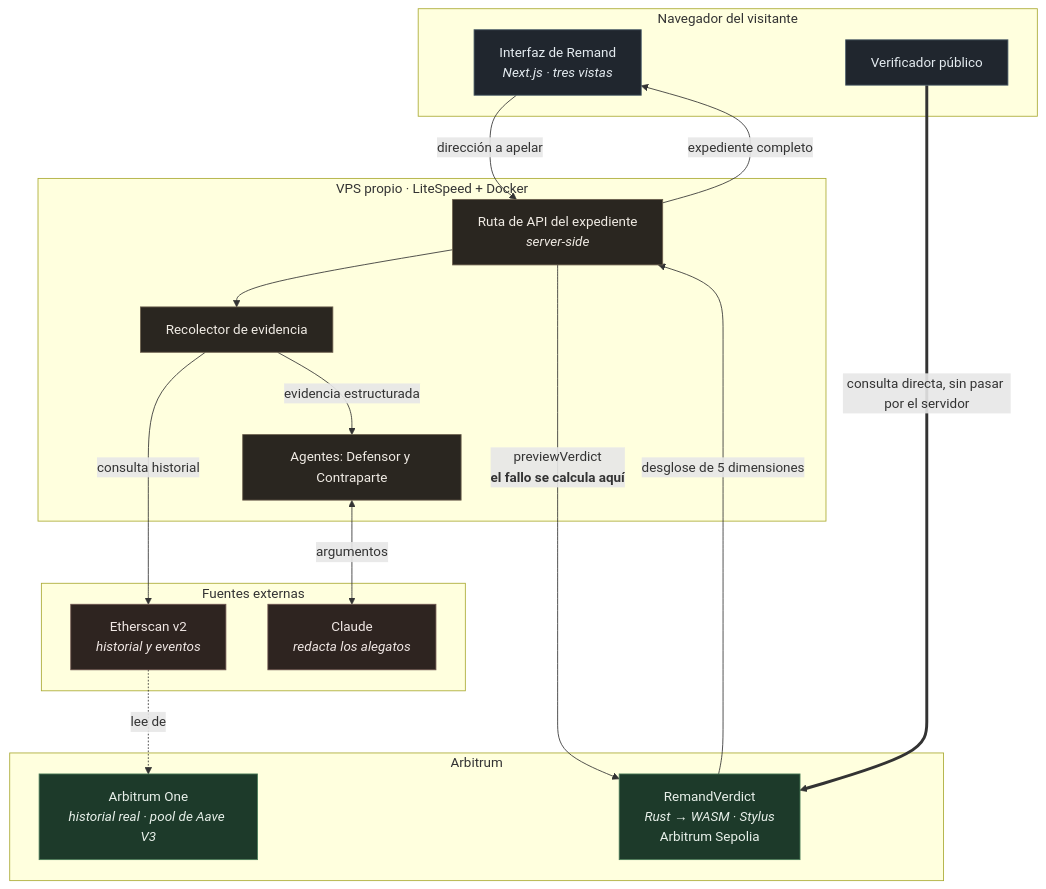
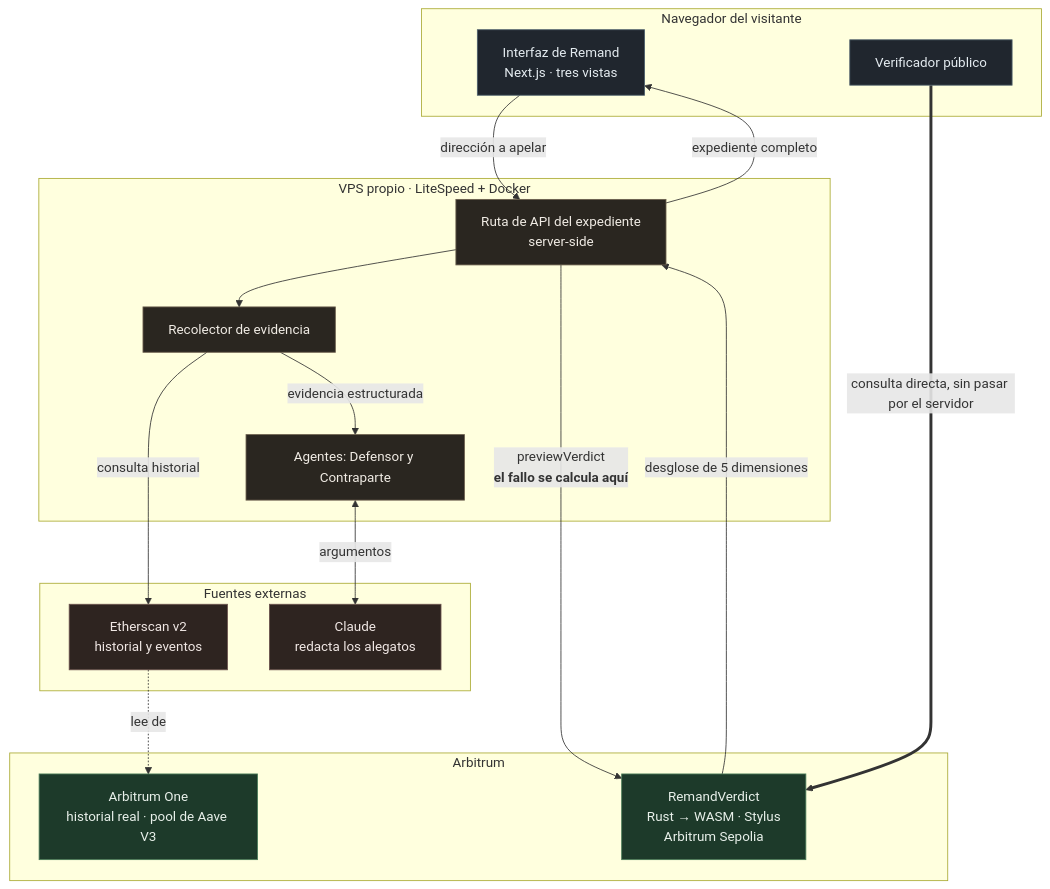
The first of 5 diagrams in docs/ARCHITECTURE.md (kasbsquall/remand), drawn with Mermaid before and after one commit. The commit also changed other lines of this file, not shown here.

First line of the commit message:
fix(docs): saltos de linea en los diagramas

````diff
--- a/docs/ARCHITECTURE.md
+++ b/docs/ARCHITECTURE.md
@@ -15,44 +15,44 @@
 ```mermaid
 flowchart TB
     subgraph nav["Navegador del visitante"]
-        UI["Interfaz de Remand<br/><i>Next.js · tres vistas</i>"]
+        UI["Interfaz de Remand<br>Next.js · tres vistas"]
         VER["Verificador público"]
     end
 
     subgraph vps["VPS propio · LiteSpeed + Docker"]
-        API["Ruta de API del expediente<br/><i>server-side</i>"]
+        API["Ruta de API del expediente<br>server-side"]
         COL["Recolector de evidencia"]
         AG["Agentes: Defensor y Contraparte"]
     end
 
     subgraph ext["Fuentes externas"]
-        IDX["Etherscan v2<br/><i>historial y eventos</i>"]
-        LLM["Claude<br/><i>redacta los alegatos</i>"]
+        IDX["Etherscan v2<br>historial y eventos"]
+        LLM["Claude<br>redacta los alegatos"]
     end
 
     subgraph arb["Arbitrum"]
-        SEP["RemandVerdict<br/><i>Rust → WASM · Stylus</i><br/>Arbitrum Sepolia"]
-        ONE["Arbitrum One<br/><i>historial real · pool de Aave V3</i>"]
+        SEP["RemandVerdict<br>Rust → WASM · Stylus<br>Arbitrum Sepolia"]
+        ONE["Arbitrum One<br>historial real · pool de Aave V3"]
     end
 
     UI -->|"dirección a apelar"| API
     API --> COL
     COL -->|"consulta historial"| IDX
     IDX -.->|"lee de"| ONE
     COL -->|"evidencia estructurada"| AG
     AG <-->|"argumentos"| LLM
-    API -->|"previewVerdict<br/><b>el fallo se calcula aquí</b>"| SEP
+    API -->|"previewVerdict<br><b>el fallo se calcula aquí</b>"| SEP
     SEP -->|"desglose de 5 dimensiones"| API
     API -->|"expediente completo"| UI
 
     VER ==>|"consulta directa, sin pasar por el servidor"| SEP
 
     classDef chain fill:#1d3a2a,stroke:#4a7c59,color:#e8f0ea
     classDef server fill:#2a2620,stroke:#6b5f4d,color:#f0ebe4
     classDef client fill:#20262e,stroke:#4d5f6b,color:#e4ebf0
     classDef external fill:#2e2420,stroke:#6b524d,color:#f0e7e4
     class SEP,ONE chain
     class API,COL,AG server
     class UI,VER client
     class IDX,LLM external
 ```
````
